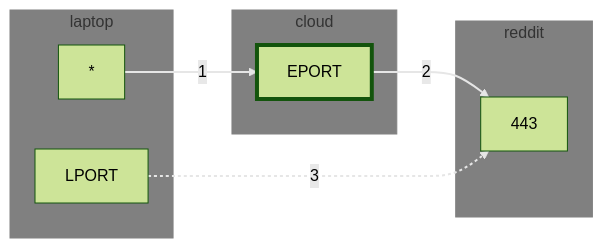
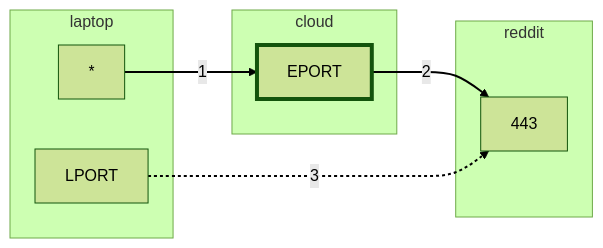
The diagram in blog/SOCKS-proxying.md (zbo14/zachh.me), drawn with Mermaid (forest theme) before and after one commit. The commit also changed other lines of this file and 10 other files, not shown here.

````diff
--- a/blog/SOCKS-proxying.md
+++ b/blog/SOCKS-proxying.md
@@ -86,20 +86,17 @@
 ```mermaid
   graph LR
 		subgraph reddit
 		443
 		end
 		subgraph cloud
 		EPORT
 		EPORT-->|2|443
 		end
     subgraph laptop
     * -->|1|EPORT
     LPORT-. 3 .-> 443
-    style reddit fill:gray,stroke:gray
-    style cloud fill:gray,stroke:gray
-    style laptop fill:gray,stroke:gray
 		style EPORT stroke-width:4px
-    linkStyle default stroke-width:2px,fill:none,stroke:#e6e6e6
-    linkStyle 2 stroke-width:2px,fill:none,stroke:#e6e6e6,stroke-dasharray:3
+    linkStyle default stroke-width:2px,fill:none
+    linkStyle 2 stroke-width:2px,fill:none,stroke-dasharray:3
     end
 ```
````
